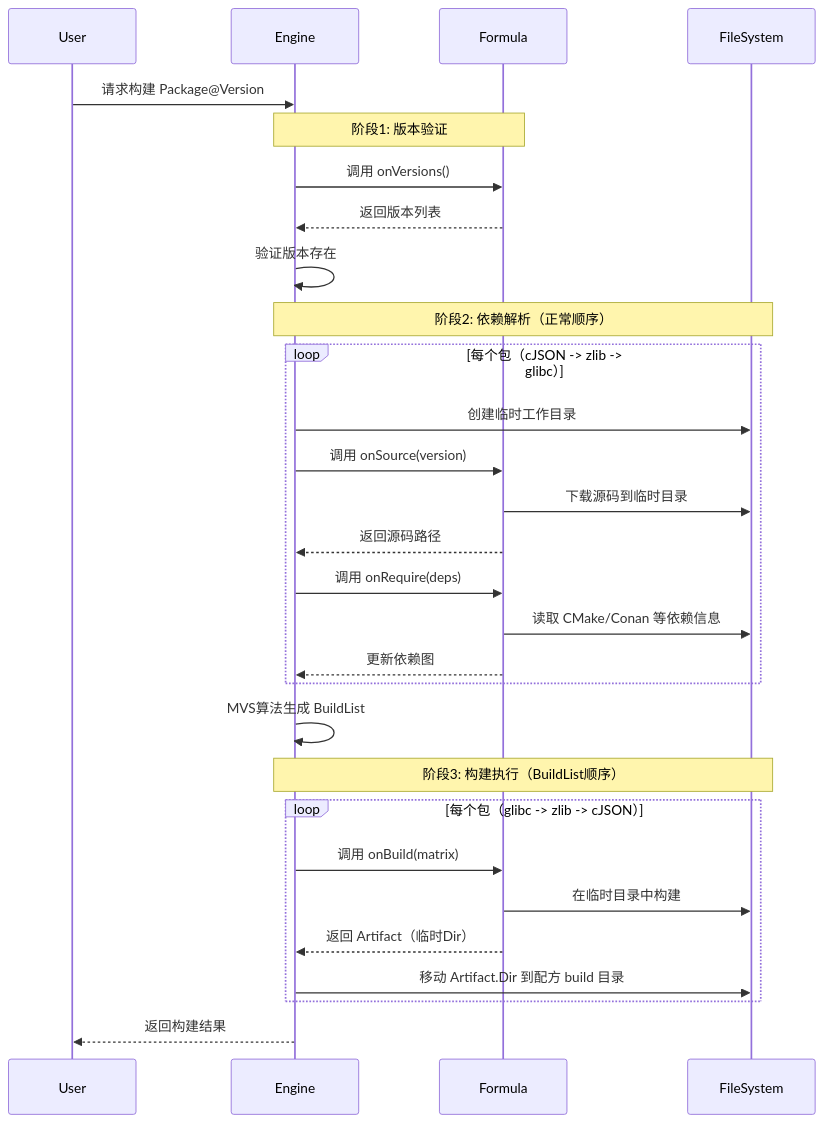
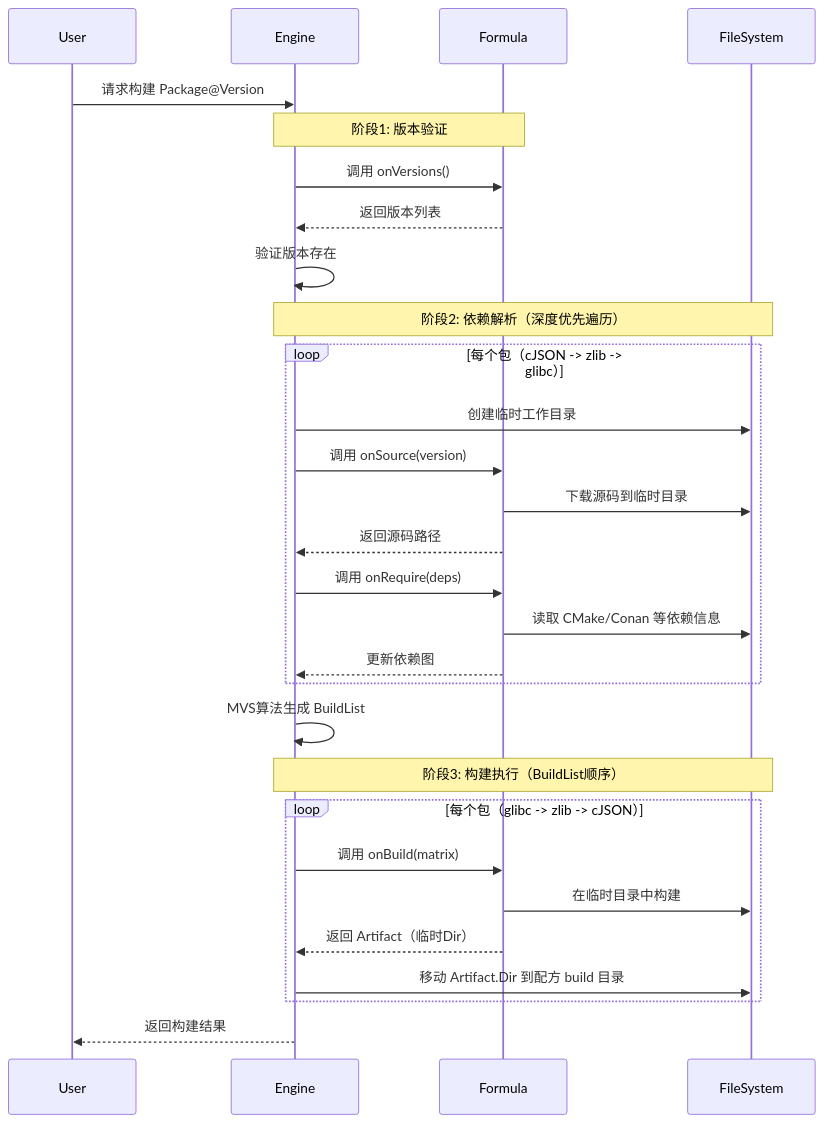
One commit to goplus/llar changed the fifth of 9 diagrams in docs/product-design-complete.md. Above: the diagram before and after it, drawn with Mermaid. The commit also changed other lines of this file and 2 other files, not shown here.

````diff
--- a/docs/product-design-complete.md
+++ b/docs/product-design-complete.md
@@ -378,38 +380,38 @@
 ```mermaid
 sequenceDiagram
     participant U as User
     participant E as Engine
     participant F as Formula
     participant FS as FileSystem
 
     U->>E: 请求构建 Package@Version
 
     Note over E,F: 阶段1: 版本验证
     E->>F: 调用 onVersions()
     F-->>E: 返回版本列表
     E->>E: 验证版本存在
 
-    Note over E,FS: 阶段2: 依赖解析（正常顺序）
+    Note over E,FS: 阶段2: 依赖解析（深度优先遍历）
     loop 每个包（cJSON -> zlib -> glibc）
         E->>FS: 创建临时工作目录
         E->>F: 调用 onSource(version)
         F->>FS: 下载源码到临时目录
         F-->>E: 返回源码路径
 
         E->>F: 调用 onRequire(deps)
         F->>FS: 读取 CMake/Conan 等依赖信息
         F-->>E: 更新依赖图
     end
 
     E->>E: MVS算法生成 BuildList
 
     Note over E,FS: 阶段3: 构建执行（BuildList顺序）
     loop 每个包（glibc -> zlib -> cJSON）
         E->>F: 调用 onBuild(matrix)
         F->>FS: 在临时目录中构建
         F-->>E: 返回 Artifact（临时Dir）
         E->>FS: 移动 Artifact.Dir 到配方 build 目录
     end
 
     E-->>U: 返回构建结果
 ```
````
